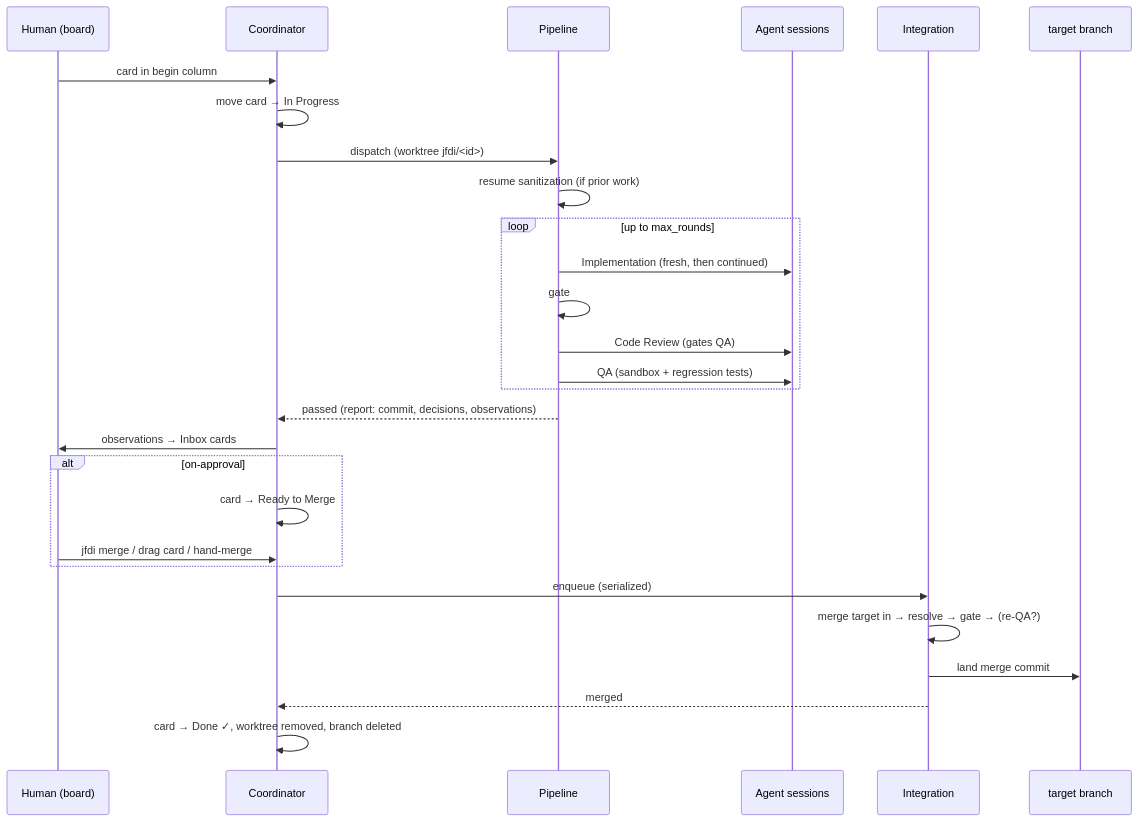
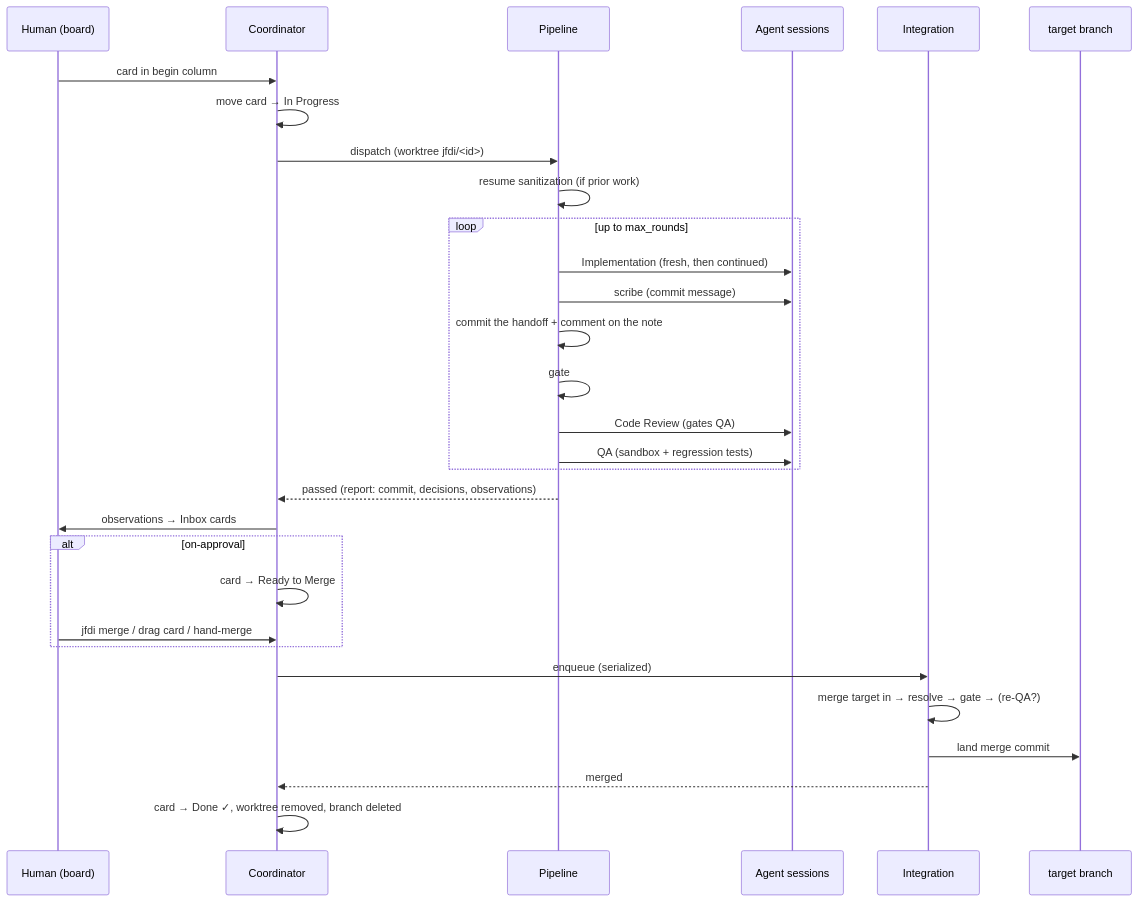
The second of 2 diagrams in docs/architecture/overview.md (rdaruszka/jfdi), drawn with Mermaid before and after one commit. The commit also changed other lines of this file and 17 other files, not shown here.

````diff
--- a/docs/architecture/overview.md
+++ b/docs/architecture/overview.md
@@ -116,31 +120,33 @@
 ```mermaid
 sequenceDiagram
     participant H as Human (board)
     participant C as Coordinator
     participant P as Pipeline
     participant A as Agent sessions
     participant I as Integration
     participant G as target branch
 
     H->>C: card in begin column
     C->>C: move card → In Progress
     C->>P: dispatch (worktree jfdi/<id>)
     P->>P: resume sanitization (if prior work)
     loop up to max_rounds
         P->>A: Implementation (fresh, then continued)
+        P->>A: scribe (commit message)
+        P->>P: commit the handoff + comment on the note
         P->>P: gate
         P->>A: Code Review (gates QA)
         P->>A: QA (sandbox + regression tests)
     end
     P-->>C: passed (report: commit, decisions, observations)
     C->>H: observations → Inbox cards
     alt on-approval
         C->>C: card → Ready to Merge
         H->>C: jfdi merge / drag card / hand-merge
     end
     C->>I: enqueue (serialized)
     I->>I: merge target in → resolve → gate → (re-QA?)
     I->>G: land merge commit
     I-->>C: merged
     C->>C: card → Done ✓, worktree removed, branch deleted
 ```
````
